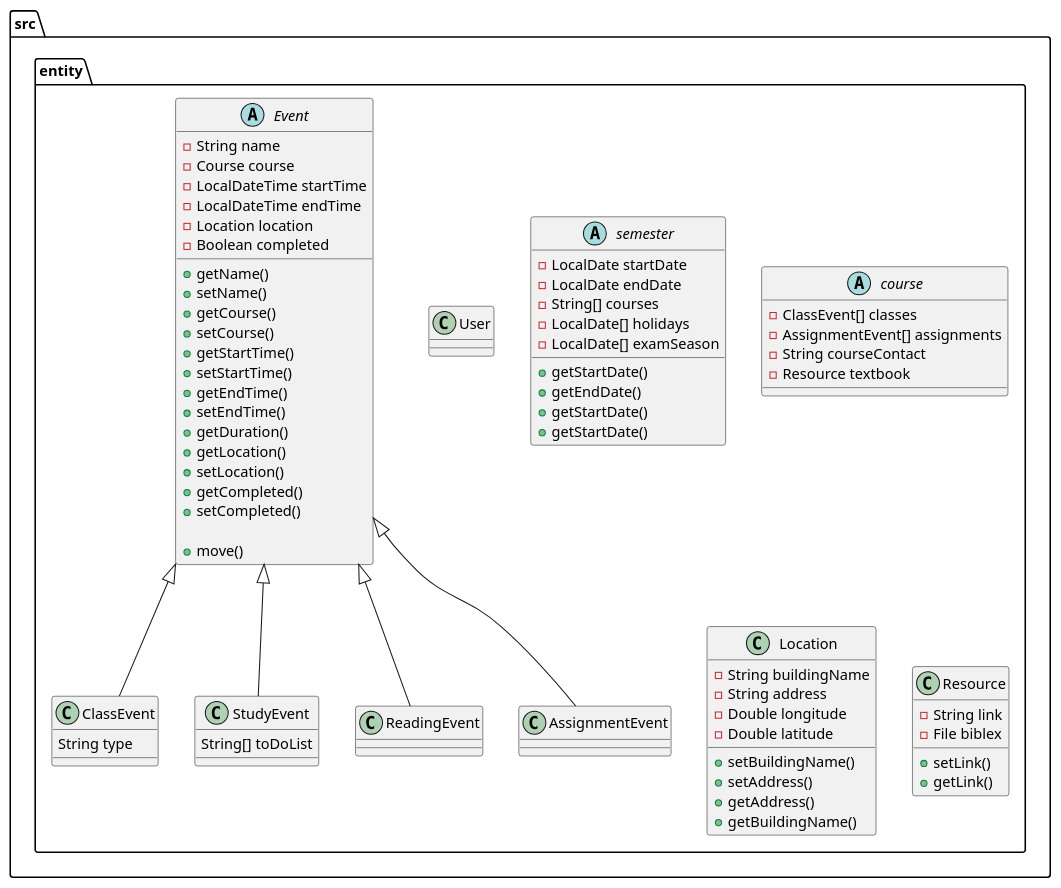
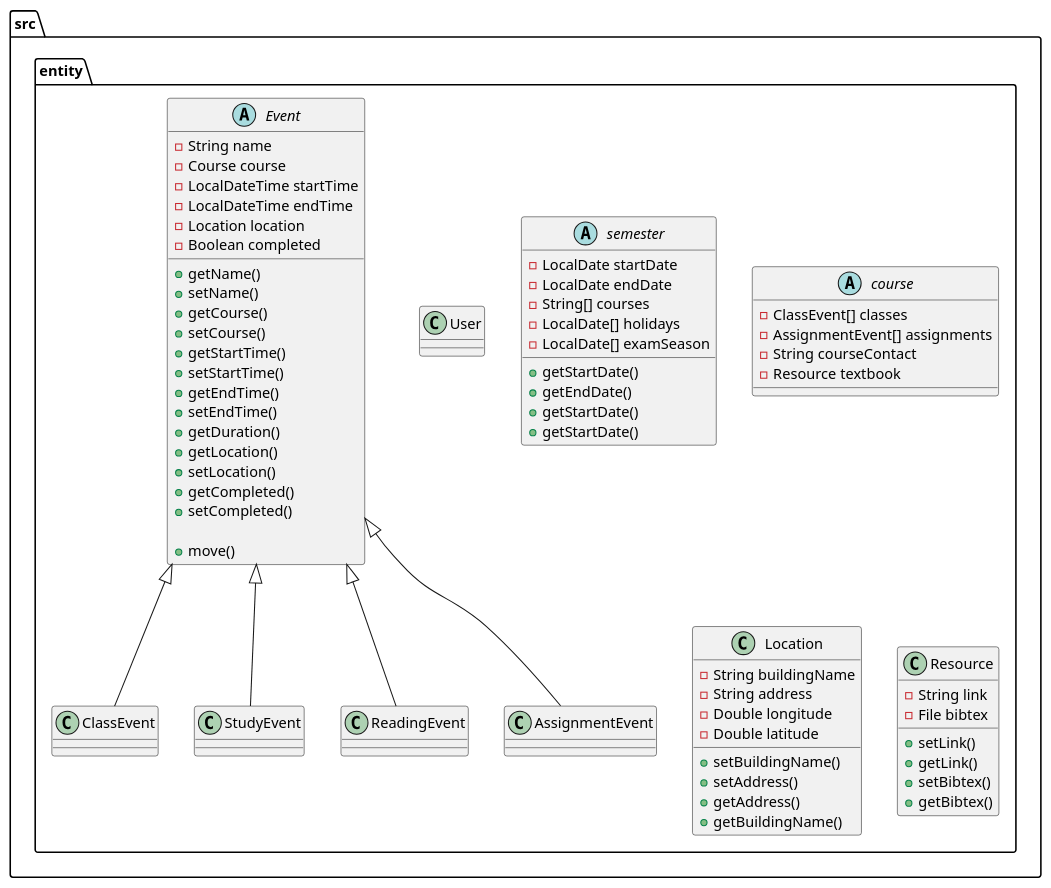
Before and after one commit to Rafiah-n/AcademiCal: the diagram in DESIGN.puml, drawn with PlantUML.

Commit message:
"Changes on Resource(bibtex)"

```diff
--- a/DESIGN.puml
+++ b/DESIGN.puml
@@ -1,99 +1,101 @@
 @startuml
 
 folder src {
 
     folder entity {
 
         abstract Event {
             -String name
             -Course course
             -LocalDateTime startTime
             -LocalDateTime endTime
             -Location location
             -Boolean completed
 
             +getName()
             +setName()
             +getCourse()
             +setCourse()
             +getStartTime()
             +setStartTime()
             +getEndTime()
             +setEndTime()
             +getDuration()
             +getLocation()
             +setLocation()
             +getCompleted()
             +setCompleted()
 
             +move()  /' Moves start and end times in unison '/
         }
 
         class ClassEvent extends Event {
-        String type
+
         }
 
         class StudyEvent extends Event {
-        String[] toDoList
+
         }
 
         class ReadingEvent extends Event {
 
         }
 
         class AssignmentEvent extends Event {
 
         }
 
         class User {
             ' Unimplemented for now
         }
 
         abstract semester{
          - LocalDate startDate
          - LocalDate endDate
          - String[] courses
          - LocalDate[] holidays
          - LocalDate[] examSeason
 
          + getStartDate()
          + getEndDate()
          + getStartDate()
          + getStartDate()
 
         }
 
         abstract course {
         - ClassEvent[] classes
         - AssignmentEvent[] assignments
         - String courseContact
         - Resource textbook
 
         }
 
     class Location{
         -String buildingName
         -String address
         -Double longitude
         -Double latitude
 
         + setBuildingName()
         + setAddress()
         + getAddress()
         + getBuildingName()
     }
 
     class Resource{
         -String link
-        -File biblex
+        -File bibtex
 
         + setLink()
         + getLink()
+        + setBibtex()
+        + getBibtex()
     }
 
     }  /' folder entity '/
 
 
 }  /' folder src '/
 
 @enduml
```
